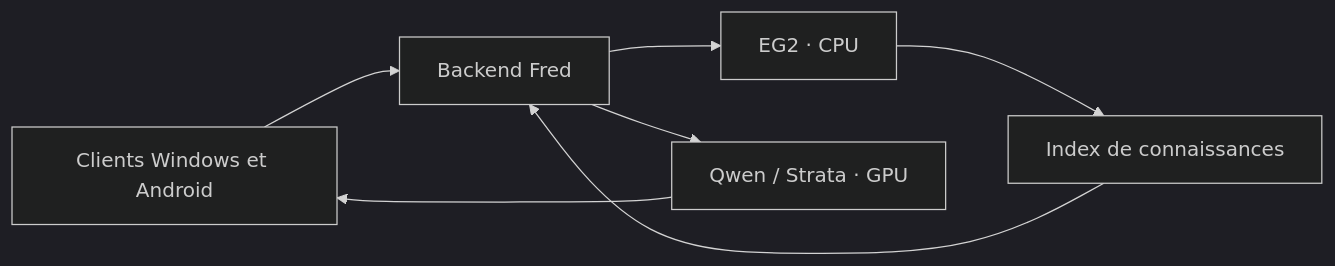
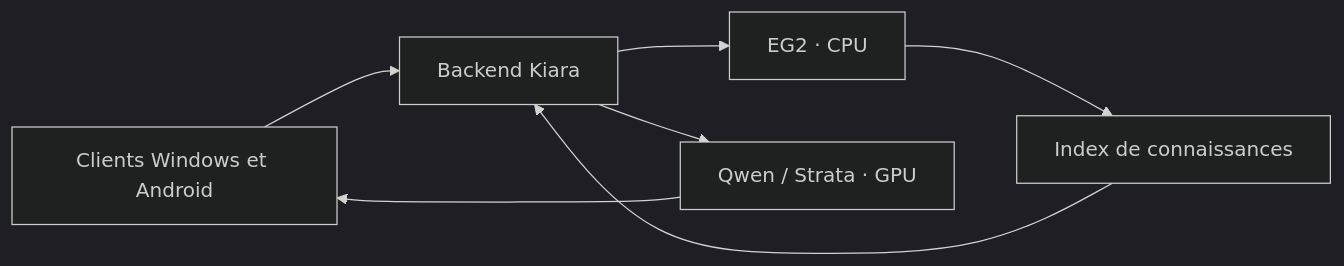
Before and after one commit to Karenax/serveur-ia: the diagram in lanceur/MEMOIRE-EG2.md, drawn with Mermaid (dark theme). The commit also changed other lines of this file and 658 other files, not shown here.

````diff
--- a/lanceur/MEMOIRE-EG2.md
+++ b/lanceur/MEMOIRE-EG2.md
@@ -5,9 +5,9 @@
 ```mermaid
 flowchart LR
-    C[Clients Windows et Android] --> B[Backend Fred]
+    C[Clients Windows et Android] --> B[Backend Kiara]
     B --> E[EG2 · CPU]
     E --> K[Index de connaissances]
     K --> B
     B --> Q[Qwen / Strata · GPU]
     Q --> C
 ```
````
